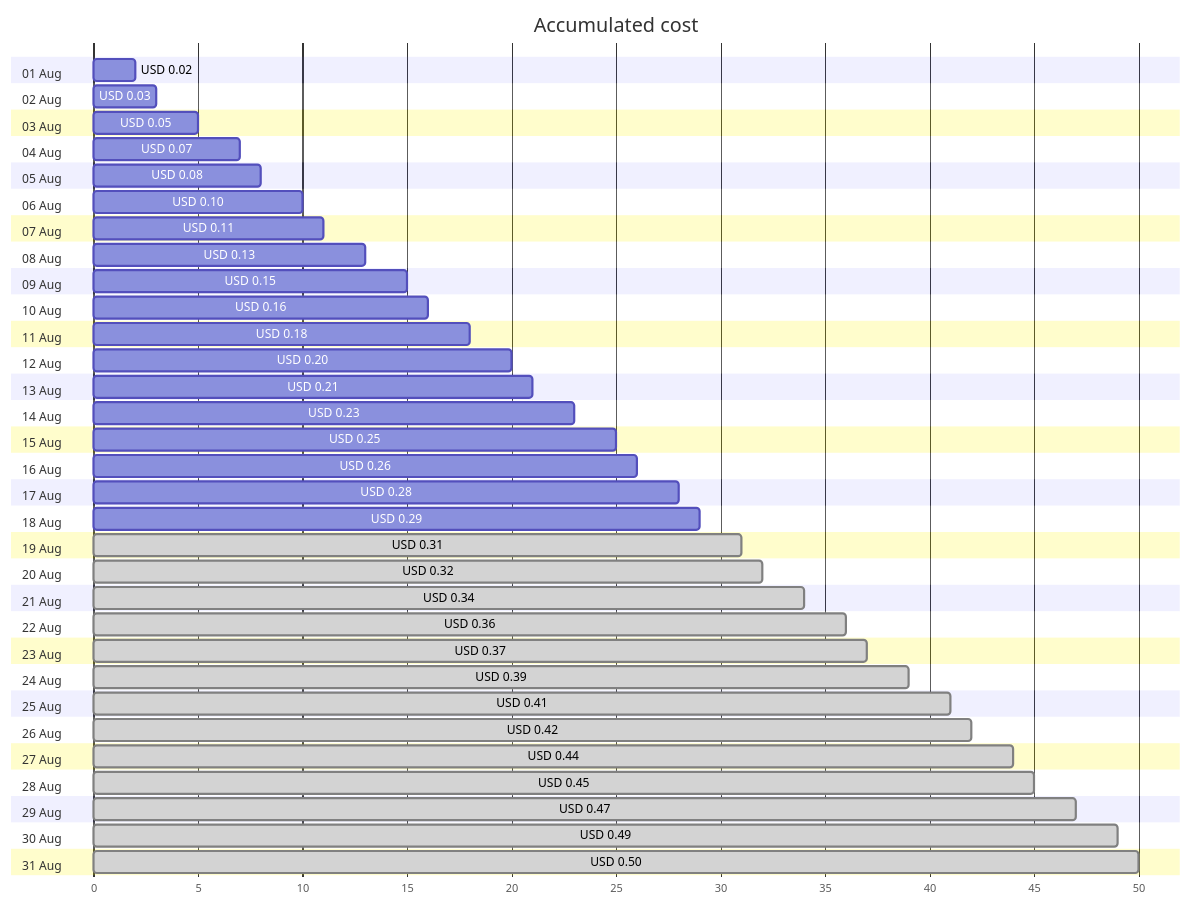
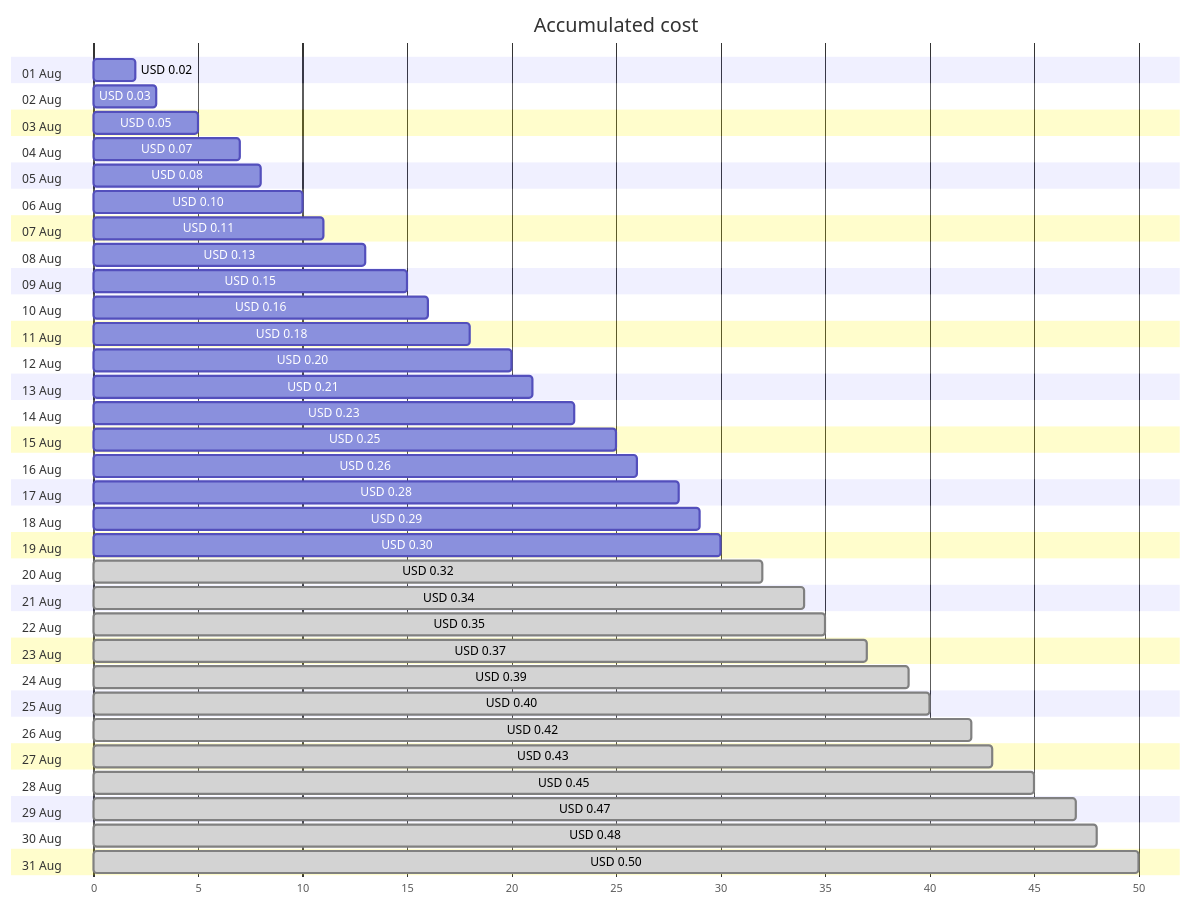
Before and after one commit to jpfulton/azure-personal-reports: the first of 4 diagrams in cost-reports/personal-dns/jpatrickfulton.com.md, drawn with Mermaid. The commit also changed other lines of this file and 2 other files, not shown here.

````diff
--- a/cost-reports/personal-dns/jpatrickfulton.com.md
+++ b/cost-reports/personal-dns/jpatrickfulton.com.md
@@ -20,68 +20,68 @@
 ```mermaid
 gantt
    title Accumulated cost
    dateFormat  X
    axisFormat %s
    section 01 Aug
    USD 0.02 :0, 2
    section 02 Aug
    USD 0.03 :0, 3
    section 03 Aug
    USD 0.05 :0, 5
    section 04 Aug
    USD 0.07 :0, 7
    section 05 Aug
    USD 0.08 :0, 8
    section 06 Aug
    USD 0.10 :0, 10
    section 07 Aug
    USD 0.11 :0, 11
    section 08 Aug
    USD 0.13 :0, 13
    section 09 Aug
    USD 0.15 :0, 15
    section 10 Aug
    USD 0.16 :0, 16
    section 11 Aug
    USD 0.18 :0, 18
    section 12 Aug
    USD 0.20 :0, 20
    section 13 Aug
    USD 0.21 :0, 21
    section 14 Aug
    USD 0.23 :0, 23
    section 15 Aug
    USD 0.25 :0, 25
    section 16 Aug
    USD 0.26 :0, 26
    section 17 Aug
    USD 0.28 :0, 28
    section 18 Aug
    USD 0.29 :0, 29
    section 19 Aug
-   USD 0.31 : done, 0, 31
+   USD 0.30 :0, 30
    section 20 Aug
    USD 0.32 : done, 0, 32
    section 21 Aug
    USD 0.34 : done, 0, 34
    section 22 Aug
-   USD 0.36 : done, 0, 36
+   USD 0.35 : done, 0, 35
    section 23 Aug
    USD 0.37 : done, 0, 37
    section 24 Aug
    USD 0.39 : done, 0, 39
    section 25 Aug
-   USD 0.41 : done, 0, 41
+   USD 0.40 : done, 0, 40
    section 26 Aug
    USD 0.42 : done, 0, 42
    section 27 Aug
-   USD 0.44 : done, 0, 44
+   USD 0.43 : done, 0, 43
    section 28 Aug
    USD 0.45 : done, 0, 45
    section 29 Aug
    USD 0.47 : done, 0, 47
    section 30 Aug
-   USD 0.49 : done, 0, 49
+   USD 0.48 : done, 0, 48
    section 31 Aug
    USD 0.50 : done, 0, 50
 ```
````
